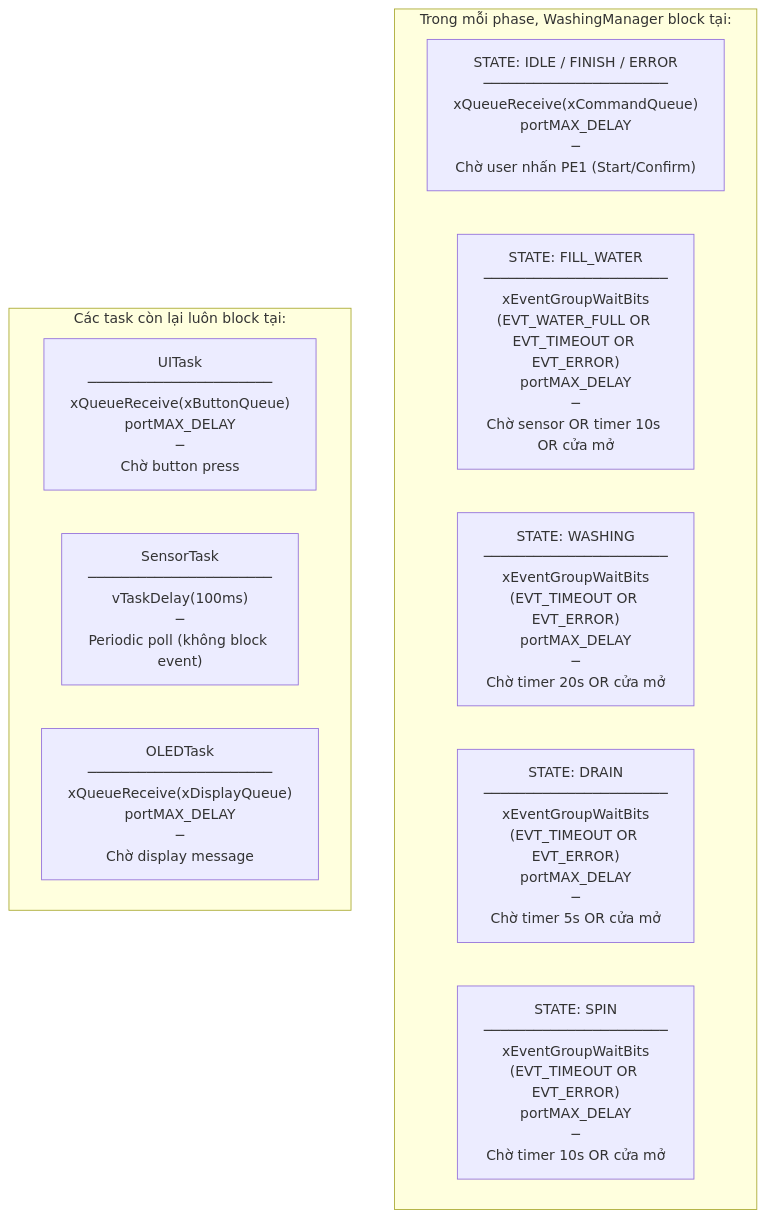
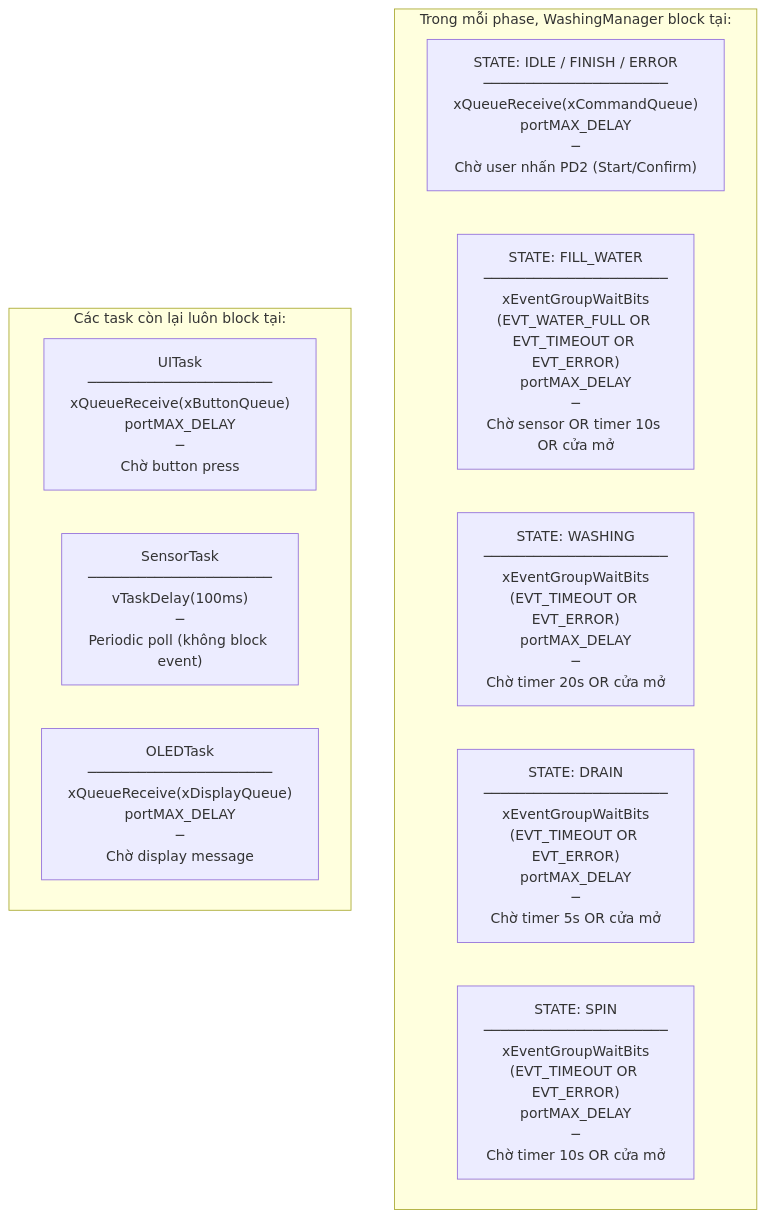
The ninth of 9 diagrams in docs/SYSTEM_DIAGRAMS.md (TTonyVi/Freertos_ST), drawn with Mermaid before and after one commit. The commit also changed other lines of this file and 18 other files, not shown here.

````diff
--- a/docs/SYSTEM_DIAGRAMS.md
+++ b/docs/SYSTEM_DIAGRAMS.md
@@ -453,22 +458,22 @@
 ```mermaid
 flowchart TD
     subgraph "Trong mỗi phase, WashingManager block tại:"
-        IDLE_B["STATE: IDLE / FINISH / ERROR\n──────────────────────\nxQueueReceive(xCommandQueue)\nportMAX_DELAY\n─\nChờ user nhấn PE1 (Start/Confirm)"]
+        IDLE_B["STATE: IDLE / FINISH / ERROR\n──────────────────────\nxQueueReceive(xCommandQueue)\nportMAX_DELAY\n─\nChờ user nhấn PD2 (Start/Confirm)"]
 
         FILL_B["STATE: FILL_WATER\n──────────────────────\nxEventGroupWaitBits\n(EVT_WATER_FULL OR EVT_TIMEOUT OR EVT_ERROR)\nportMAX_DELAY\n─\nChờ sensor OR timer 10s OR cửa mở"]
 
         WASH_B["STATE: WASHING\n──────────────────────\nxEventGroupWaitBits\n(EVT_TIMEOUT OR EVT_ERROR)\nportMAX_DELAY\n─\nChờ timer 20s OR cửa mở"]
 
         DRAIN_B["STATE: DRAIN\n──────────────────────\nxEventGroupWaitBits\n(EVT_TIMEOUT OR EVT_ERROR)\nportMAX_DELAY\n─\nChờ timer 5s OR cửa mở"]
 
         SPIN_B["STATE: SPIN\n──────────────────────\nxEventGroupWaitBits\n(EVT_TIMEOUT OR EVT_ERROR)\nportMAX_DELAY\n─\nChờ timer 10s OR cửa mở"]
     end
 
     subgraph "Các task còn lại luôn block tại:"
         UI_B["UITask\n──────────────────────\nxQueueReceive(xButtonQueue)\nportMAX_DELAY\n─\nChờ button press"]
 
         SENS_B["SensorTask\n──────────────────────\nvTaskDelay(100ms)\n─\nPeriodic poll (không block event)"]
 
         OLED_B["OLEDTask\n──────────────────────\nxQueueReceive(xDisplayQueue)\nportMAX_DELAY\n─\nChờ display message"]
     end
 ```
````
